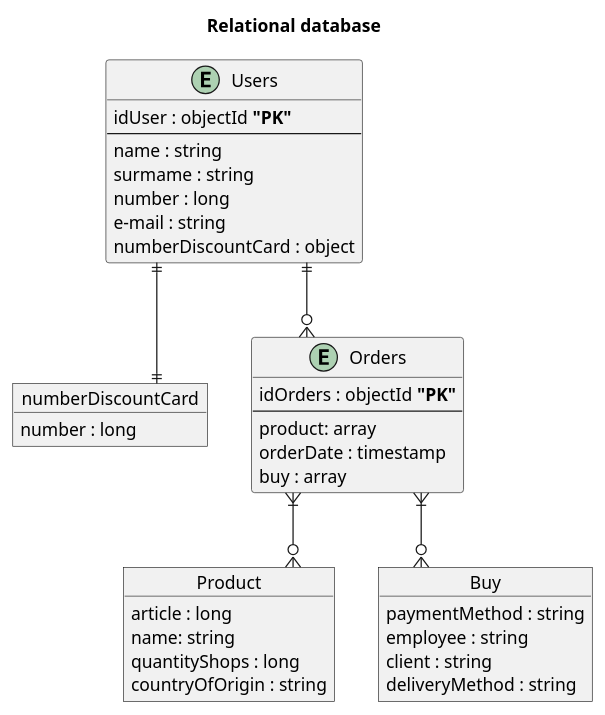
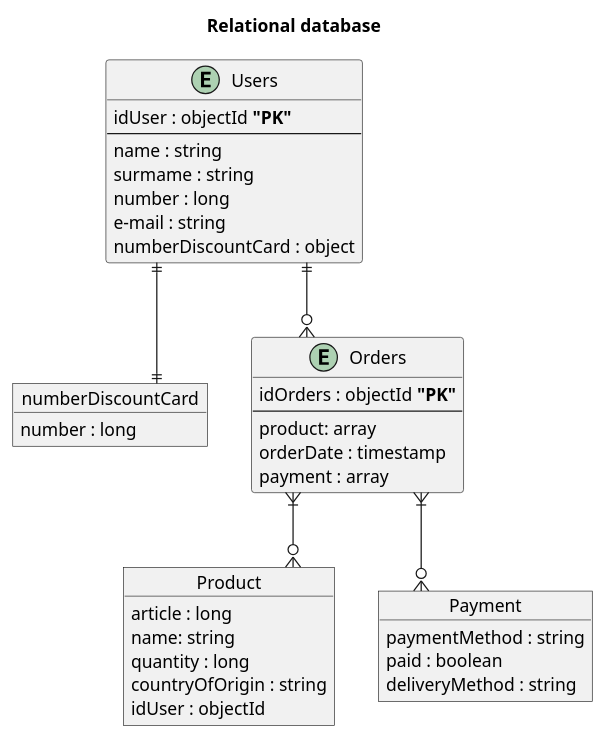
Before and after one commit to Ksenia530/Solodovnik_analytics_practice: the diagram in NoSQLDb.puml, drawn with PlantUML. The commit also changed 3 other files, not shown here.

```diff
--- a/NoSQLDb.puml
+++ b/NoSQLDb.puml
@@ -1,42 +1,42 @@
 @startuml
 title Relational database 
 skinparam linetype ortho
 
 entity "Users" as e01 {
     idUser : objectId **"PK"**
   --
   name : string
   surmame : string
   number : long
   e-mail : string
   numberDiscountCard : object 
 }
 object "numberDiscountCard" as e02 {
     
     number : long
 }
 
 entity "Orders" as e03 {
   idOrders : objectId **"PK"**
   --
   product: array 
   orderDate : timestamp
-  buy : array  
+  payment : array  
 }
 object "Product" as e04{
   article : long
   name: string
-  quantityShops : long
+  quantity : long
   countryOfOrigin : string
+  idUser : objectId
 }
-object "Buy" as e05{
+object "Payment" as e05{
   paymentMethod : string
-  employee : string
-  client : string
+  paid : boolean
   deliveryMethod : string
 }
 e01 ||--|| e02
 e03 }|--o{ e04
 e03 }|--o{ e05
 e01 ||--o{ e03
 @enduml
```
